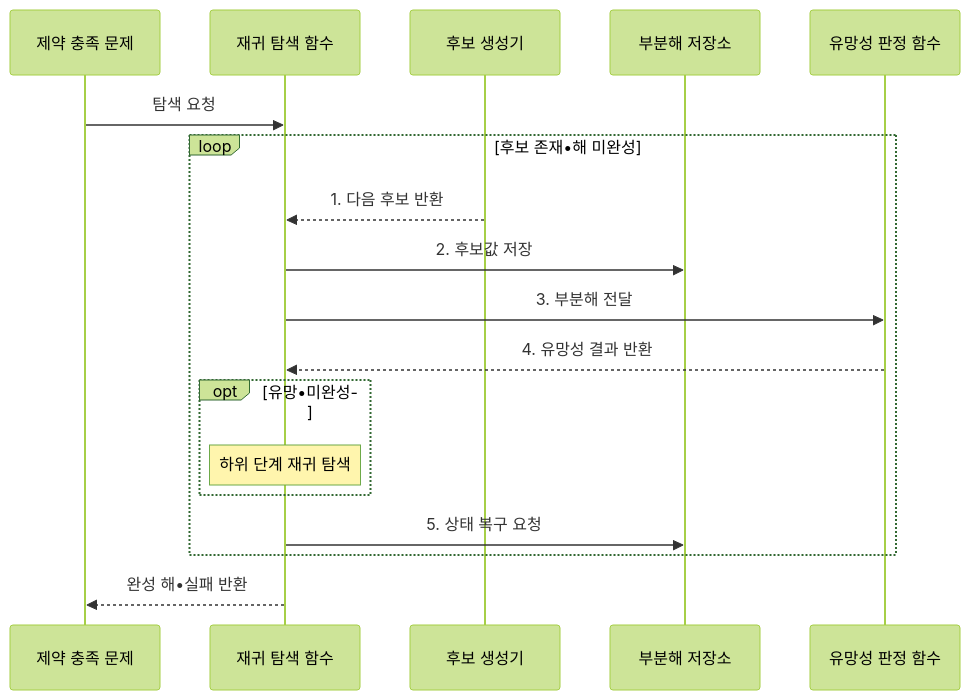
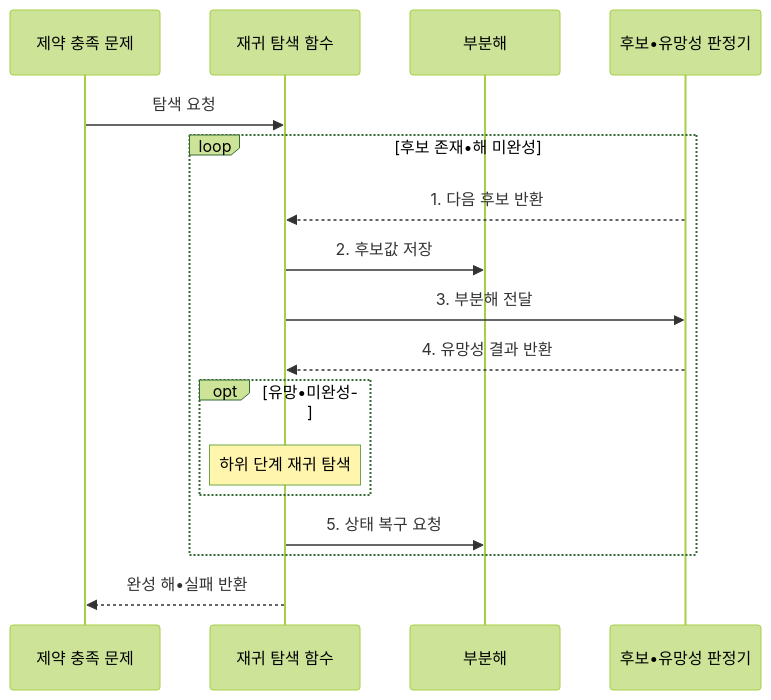
The second of 2 diagrams in src/content/docs/notes/01-basic-theory/016_backtracking.md (agnusdei1207/knowledge-base), drawn with Mermaid (forest theme) before and after one commit. The commit also changed 4 other files, not shown here.

Commit message:
Reduce algorithm flow participants

````diff
--- a/src/content/docs/notes/01-basic-theory/016_backtracking.md
+++ b/src/content/docs/notes/01-basic-theory/016_backtracking.md
@@ -100,20 +100,19 @@
 ```mermaid
 sequenceDiagram
     participant Q as 제약 충족 문제
     participant R as 재귀 탐색 함수
-    participant C as 후보 생성기
-    participant P as 부분해 저장소
-    participant V as 유망성 판정 함수
+    participant P as 부분해
+    participant V as 후보•유망성 판정기
     Q->>R: 탐색 요청
     loop 후보 존재•해 미완성
-        C-->>R: 1. 다음 후보 반환
+        V-->>R: 1. 다음 후보 반환
         R->>P: 2. 후보값 저장
         R->>V: 3. 부분해 전달
         V-->>R: 4. 유망성 결과 반환
         opt 유망•미완성
             Note over R: 하위 단계 재귀 탐색
         end
         R->>P: 5. 상태 복구 요청
     end
     R-->>Q: 완성 해•실패 반환
 ```
````
